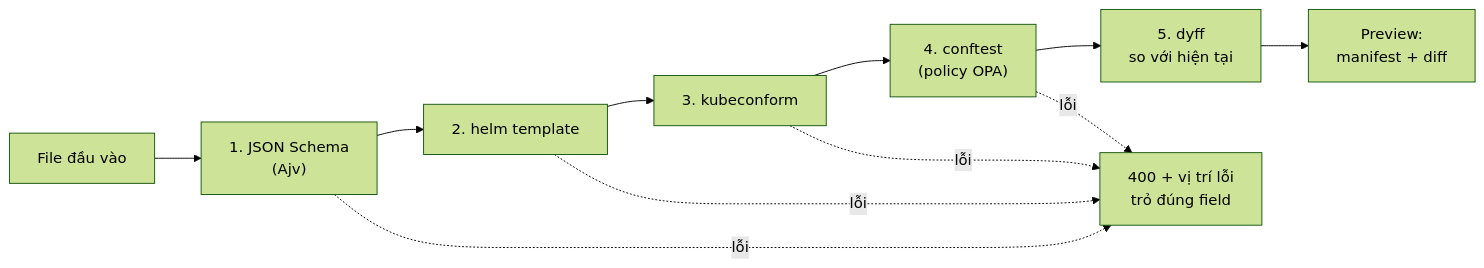
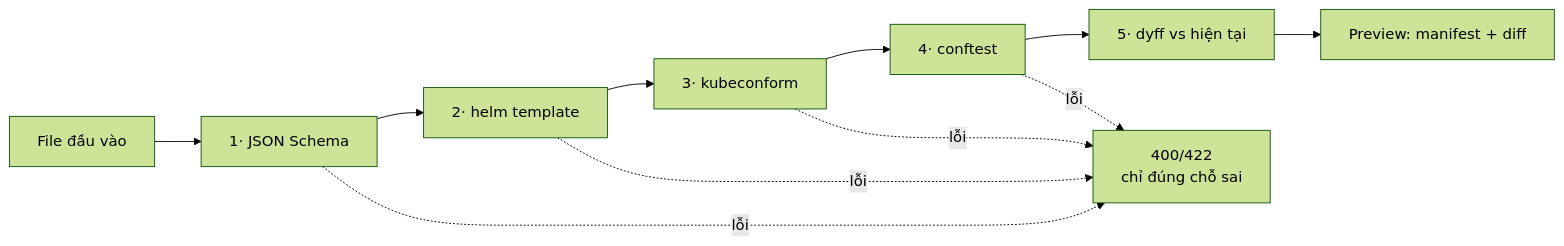
Before and after one commit to hunho247/HNQ-Infra: the fourth of 4 diagrams in docs/PLATFORM_API_PLAN.md, drawn with Mermaid (forest theme). The commit also changed other lines of this file and 3 other files, not shown here.

````diff
--- a/docs/PLATFORM_API_PLAN.md
+++ b/docs/PLATFORM_API_PLAN.md
@@ -367,14 +301,7 @@
 ```mermaid
 flowchart LR
-  I["File đầu vào"] --> S["1. JSON Schema<br/>(Ajv)"]
-  S --> H["2. helm template"]
-  H --> K["3. kubeconform"]
-  K --> C["4. conftest<br/>(policy OPA)"]
-  C --> D["5. dyff<br/>so với hiện tại"]
-  D --> O["Preview:<br/>manifest + diff"]
-
-  S -.->|lỗi| E["400 + vị trí lỗi<br/>trỏ đúng field"]
-  H -.->|lỗi| E
-  K -.->|lỗi| E
-  C -.->|lỗi| E
+  I[File đầu vào] --> S["1· JSON Schema"] --> H["2· helm template"]
+  H --> K["3· kubeconform"] --> C["4· conftest"] --> D["5· dyff vs hiện tại"]
+  D --> O["Preview: manifest + diff"]
+  S & H & K & C -.->|lỗi| E["400/422<br/>chỉ đúng chỗ sai"]
 ```
````
